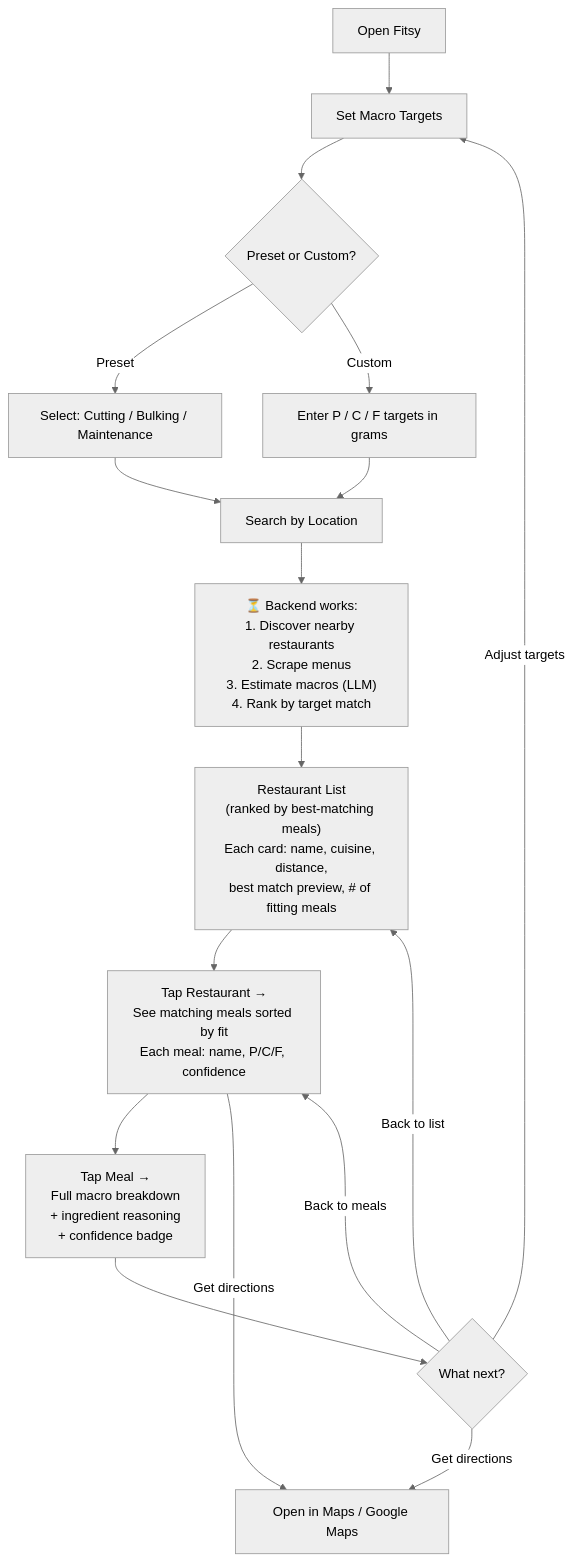
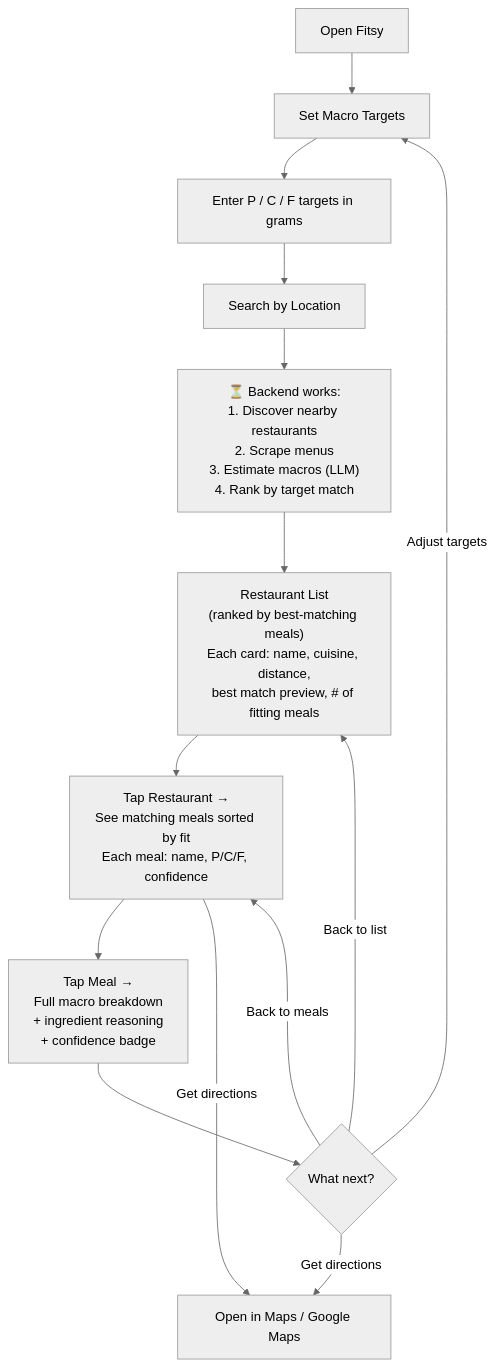
One commit to dgmolla/fitsy changed the first of 2 diagrams in docs/product/specs/vision-prd.md. Above: the diagram before and after it, drawn with Mermaid (neutral theme). The commit also changed other lines of this file and 1 other file, not shown here.

Commit message:
MVP: manual macro input only, descope preset templates
Preset templates (cutting/bulking/maintenance) require a
height/weight/age/activity flow to calculate targets — too much
scope for MVP. Manual P/C/F input in grams is sufficient.

Noted as post-MVP follow-up in Out of Scope and design brief.

````diff
--- a/docs/product/specs/vision-prd.md
+++ b/docs/product/specs/vision-prd.md
@@ -96,25 +96,22 @@
 ```mermaid
 flowchart TD
     A[Open Fitsy] --> B[Set Macro Targets]
-    B --> B1{Preset or Custom?}
-    B1 -->|Preset| B2[Select: Cutting / Bulking / Maintenance]
-    B1 -->|Custom| B3[Enter P / C / F targets in grams]
-    B2 --> C[Search by Location]
-    B3 --> C
+    B --> C[Enter P / C / F targets in grams]
+    C --> D[Search by Location]
 
-    C --> Loading["⏳ Backend works:<br/>1. Discover nearby restaurants<br/>2. Scrape menus<br/>3. Estimate macros (LLM)<br/>4. Rank by target match"]
+    D --> Loading["⏳ Backend works:<br/>1. Discover nearby restaurants<br/>2. Scrape menus<br/>3. Estimate macros (LLM)<br/>4. Rank by target match"]
 
     Loading --> List["Restaurant List<br/>(ranked by best-matching meals)<br/>Each card: name, cuisine, distance,<br/>best match preview, # of fitting meals"]
 
     List --> Restaurant["Tap Restaurant →<br/>See matching meals sorted by fit<br/>Each meal: name, P/C/F, confidence"]
 
     Restaurant --> Meal["Tap Meal →<br/>Full macro breakdown<br/>+ ingredient reasoning<br/>+ confidence badge"]
 
     Meal --> R{What next?}
     R -->|"Get directions"| Maps["Open in Maps / Google Maps"]
     R -->|"Back to meals"| Restaurant
     R -->|"Back to list"| List
     R -->|"Adjust targets"| B
 
     Restaurant -->|"Get directions"| Maps
 ```
````
